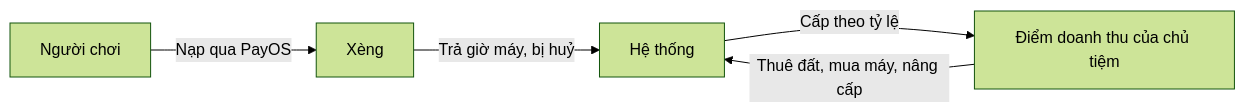
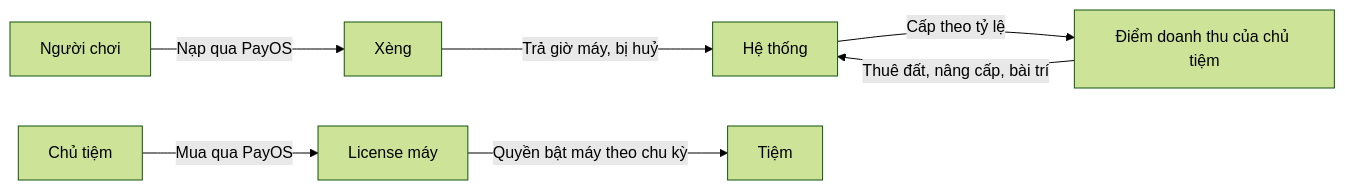
Before and after one commit to netverse3d/netverse3d: the second of 2 diagrams in docs/wiki/product/overview.md, drawn with Mermaid (forest theme). The commit also changed other lines of this file and 9 other files, not shown here.

First line of the commit message:
docs: record the two real-money flows and the machine license

````diff
--- a/docs/wiki/product/overview.md
+++ b/docs/wiki/product/overview.md
@@ -42,7 +43,9 @@
 ```mermaid
 flowchart LR
   P[Người chơi] -->|Nạp qua PayOS| X[Xèng]
   X -->|Trả giờ máy, bị huỷ| S[Hệ thống]
   S -->|Cấp theo tỷ lệ| R[Điểm doanh thu của chủ tiệm]
-  R -->|Thuê đất, mua máy, nâng cấp| S
+  R -->|Thuê đất, nâng cấp, bài trí| S
+  O[Chủ tiệm] -->|Mua qua PayOS| L[License máy]
+  L -->|Quyền bật máy theo chu kỳ| T[Tiệm]
 ```
````
